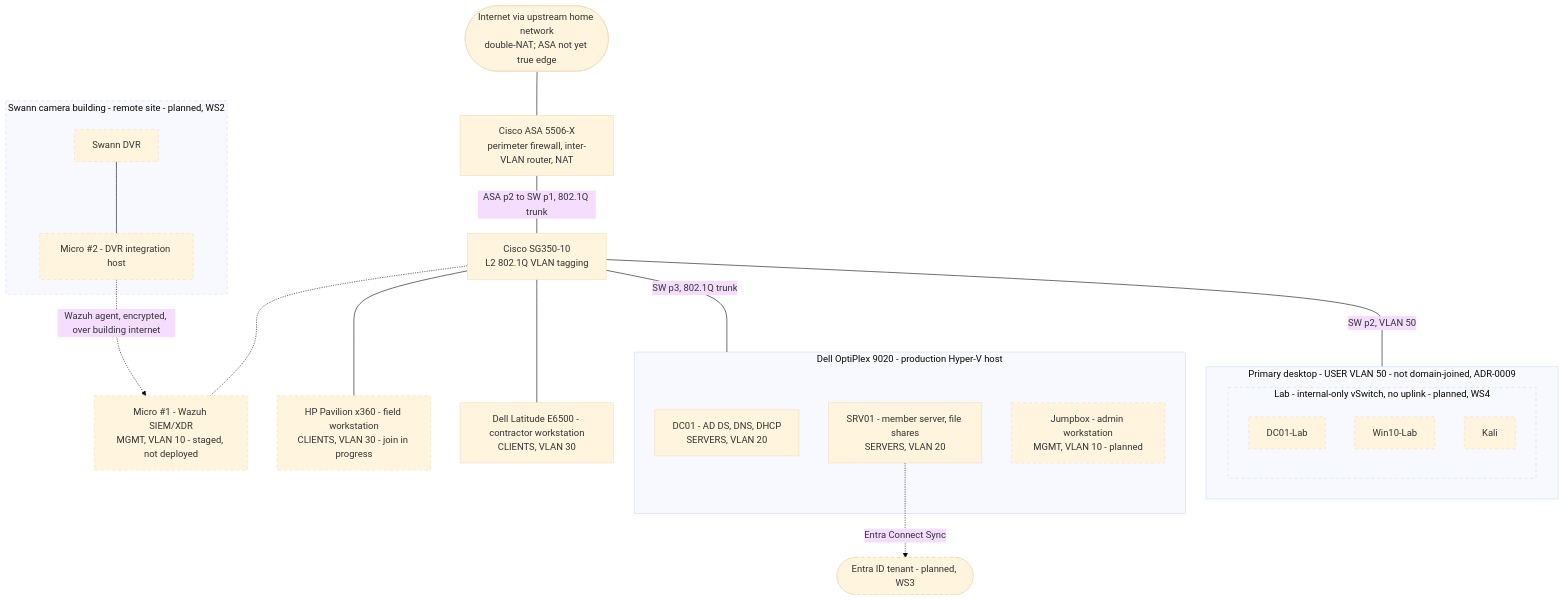
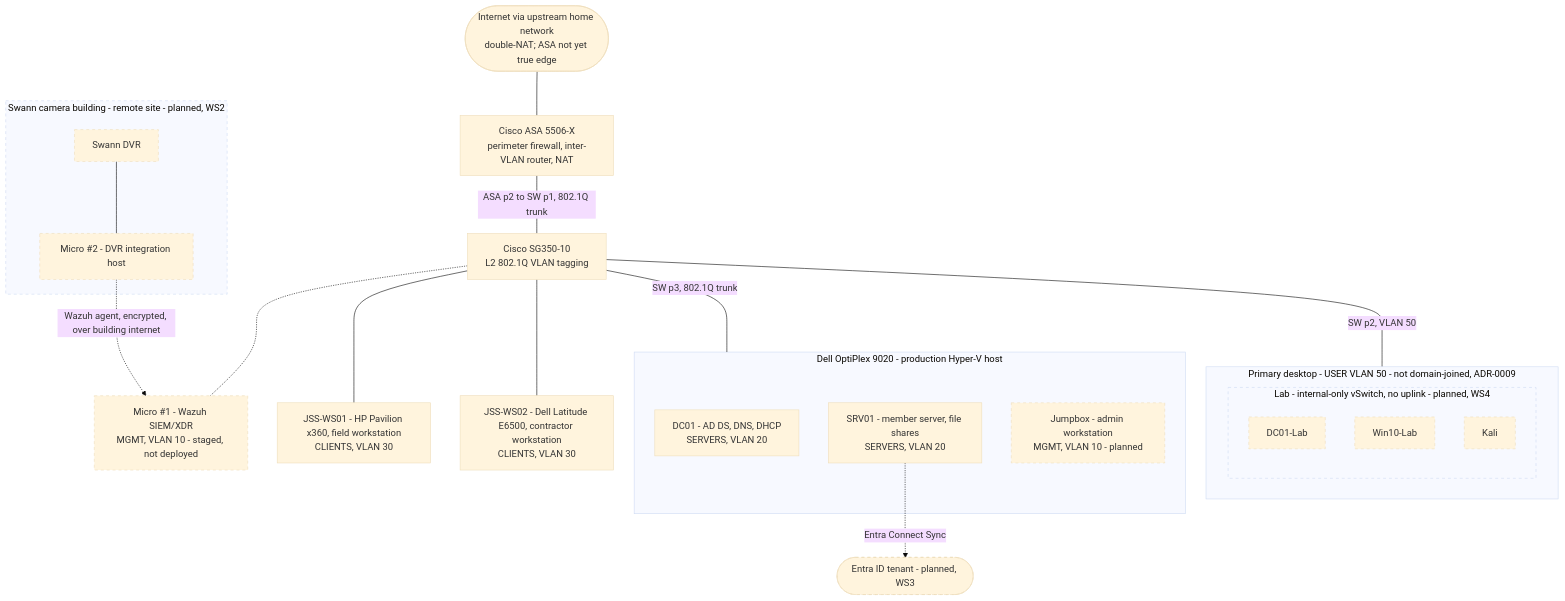
The diagram in onprem/diagrams/network-topology.md (wadesanders-infra/jssandersllc-infra), drawn with Mermaid (base theme) before and after one commit. The commit also changed other lines of this file and 7 other files, not shown here.

Commit message:
docs: add ADR-0010 naming convention, workstation SOP, DC rename and join updates

````diff
--- a/onprem/diagrams/network-topology.md
+++ b/onprem/diagrams/network-topology.md
@@ -7,47 +7,47 @@
 ```mermaid
 flowchart TB
     classDef planned stroke-dasharray: 5 5
 
     INET(["Internet via upstream home network<br/>double-NAT; ASA not yet true edge"])
     ASA["Cisco ASA 5506-X<br/>perimeter firewall, inter-VLAN router, NAT"]
     SW["Cisco SG350-10<br/>L2 802.1Q VLAN tagging"]
 
     INET --- ASA
     ASA ---|"ASA p2 to SW p1, 802.1Q trunk"| SW
 
     subgraph HV["Dell OptiPlex 9020 - production Hyper-V host"]
         DC01["DC01 - AD DS, DNS, DHCP<br/>SERVERS, VLAN 20"]
         SRV01["SRV01 - member server, file shares<br/>SERVERS, VLAN 20"]
         JUMP["Jumpbox - admin workstation<br/>MGMT, VLAN 10 - planned"]
     end
 
     subgraph DESK["Primary desktop - USER VLAN 50 - not domain-joined, ADR-0009"]
         subgraph LAB["Lab - internal-only vSwitch, no uplink - planned, WS4"]
             DCL["DC01-Lab"]
             W10["Win10-Lab"]
             KALI["Kali"]
         end
     end
 
     WAZ["Micro #1 - Wazuh SIEM/XDR<br/>MGMT, VLAN 10 - staged, not deployed"]
-    PAV["HP Pavilion x360 - field workstation<br/>CLIENTS, VLAN 30 - join in progress"]
-    LAT["Dell Latitude E6500 - contractor workstation<br/>CLIENTS, VLAN 30"]
+    PAV["JSS-WS01 - HP Pavilion x360, field workstation<br/>CLIENTS, VLAN 30"]
+    LAT["JSS-WS02 - Dell Latitude E6500, contractor workstation<br/>CLIENTS, VLAN 30"]
 
     SW ---|"SW p3, 802.1Q trunk"| HV
     SW ---|"SW p2, VLAN 50"| DESK
     SW -.- WAZ
     SW --- PAV
     SW --- LAT
 
     subgraph SWANN["Swann camera building - remote site - planned, WS2"]
         DVR["Swann DVR"]
         M2["Micro #2 - DVR integration host"]
         DVR --- M2
     end
     M2 -.->|"Wazuh agent, encrypted, over building internet"| WAZ
 
     ENTRA(["Entra ID tenant - planned, WS3"])
     SRV01 -.->|"Entra Connect Sync"| ENTRA
 
-    class JUMP,LAB,DCL,W10,KALI,WAZ,M2,DVR,SWANN,ENTRA,PAV planned
+    class JUMP,LAB,DCL,W10,KALI,WAZ,M2,DVR,SWANN,ENTRA planned
 ```
````
